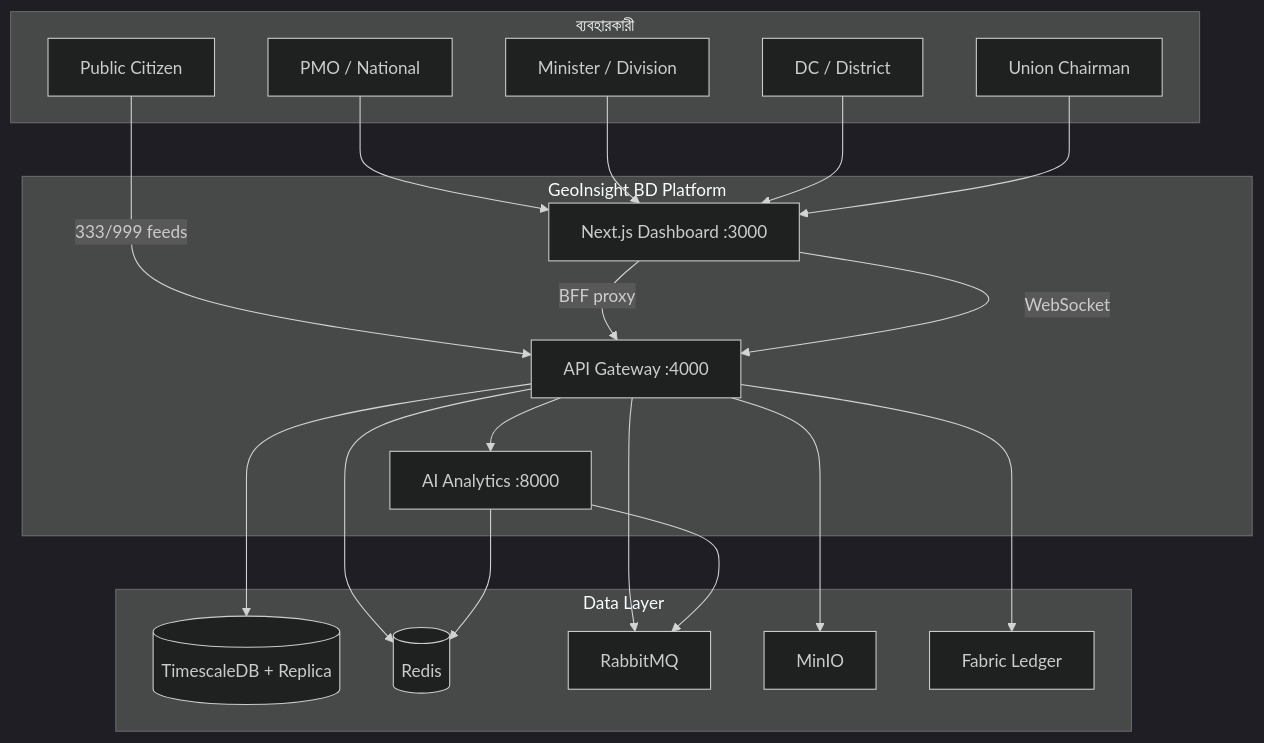
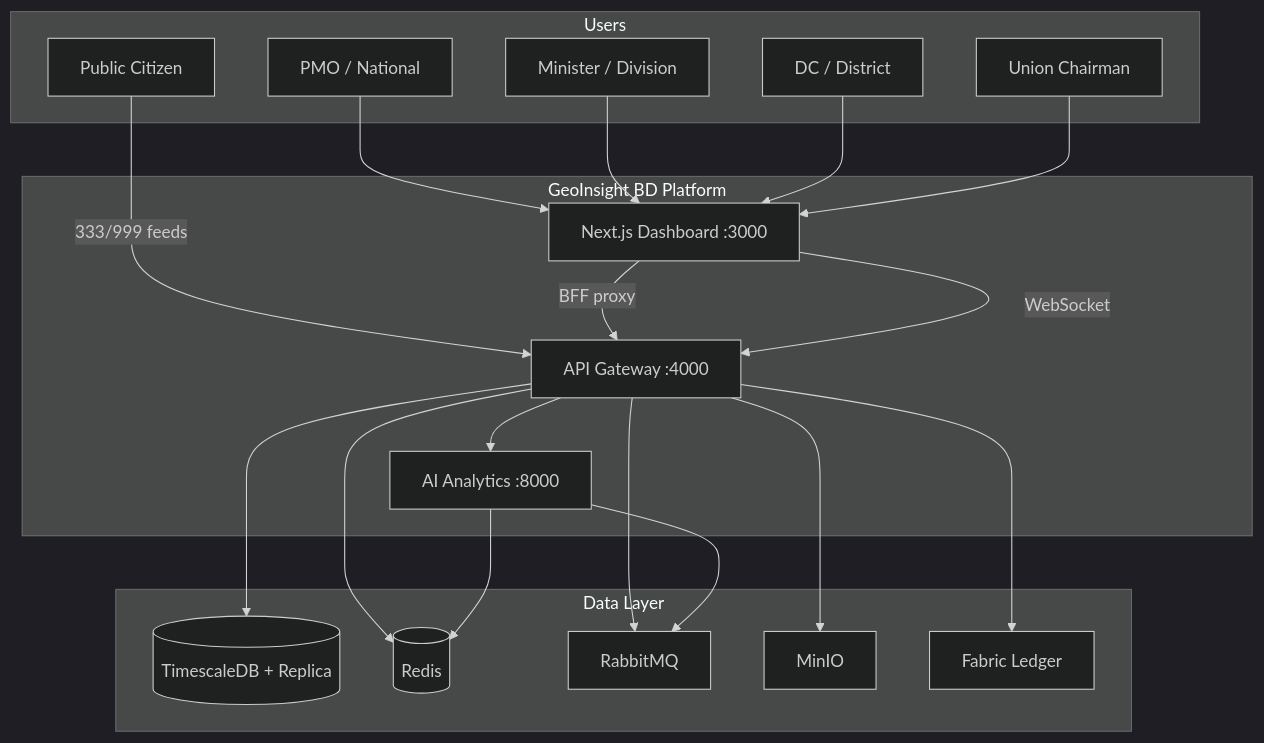
The first of 3 diagrams in docs/SYSTEM_DESIGN.md (mohammad-al-samiul/geoinsight-bd), drawn with Mermaid (dark theme) before and after one commit. The commit also changed other lines of this file and 6 other files, not shown here.

````diff
--- a/docs/SYSTEM_DESIGN.md
+++ b/docs/SYSTEM_DESIGN.md
@@ -142,37 +145,37 @@
 ```mermaid
 flowchart TB
-    subgraph Users["ব্যবহারকারী"]
+    subgraph Users["Users"]
         PMO[PMO / National]
         MIN[Minister / Division]
         DC[DC / District]
         UC[Union Chairman]
         PUB[Public Citizen]
     end
 
     subgraph Platform["GeoInsight BD Platform"]
         WEB[Next.js Dashboard :3000]
         GW[API Gateway :4000]
         AI[AI Analytics :8000]
     end
 
     subgraph Data["Data Layer"]
         PG[(TimescaleDB + Replica)]
         RD[(Redis)]
         MQ[RabbitMQ]
         S3[MinIO]
         FAB[Fabric Ledger]
     end
 
     PMO & MIN & DC & UC --> WEB
     PUB -->|333/999 feeds| GW
     WEB -->|BFF proxy| GW
     WEB -->|WebSocket| GW
     GW --> PG
     GW --> RD
     GW --> MQ
     GW --> AI
     GW --> S3
     GW --> FAB
     AI --> MQ
     AI --> RD
 ```
````
